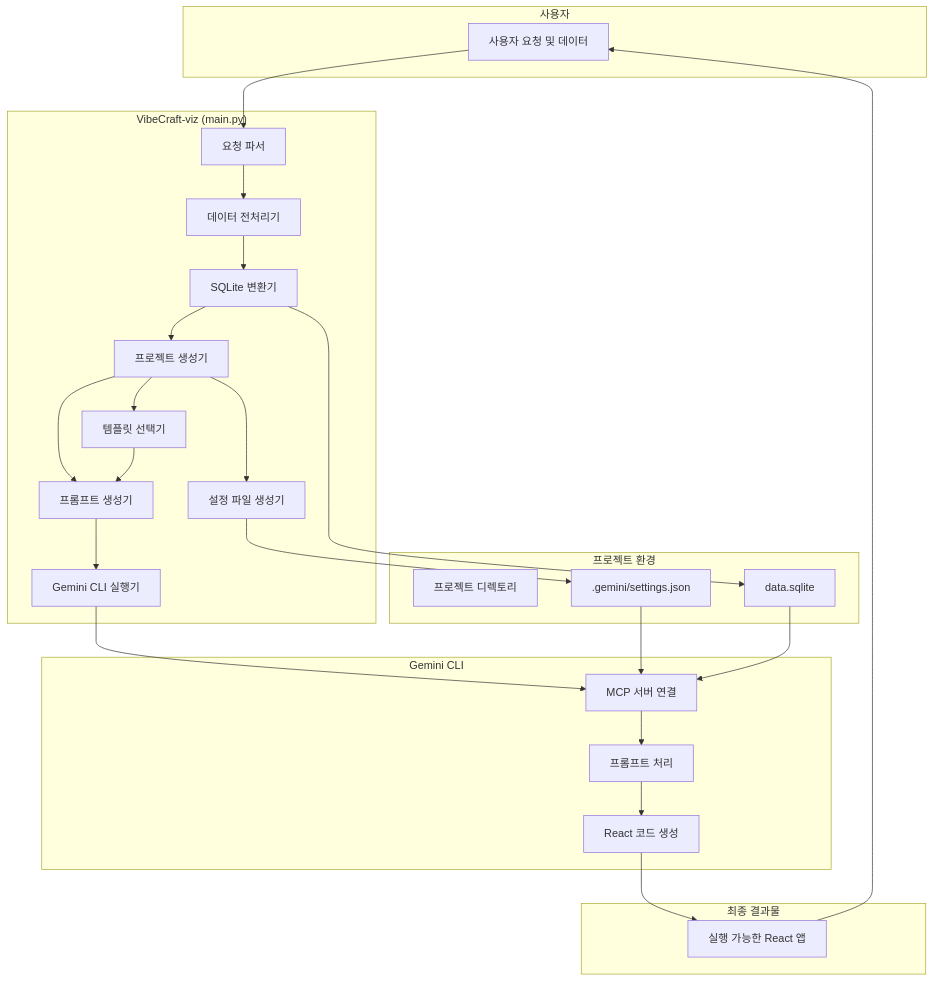
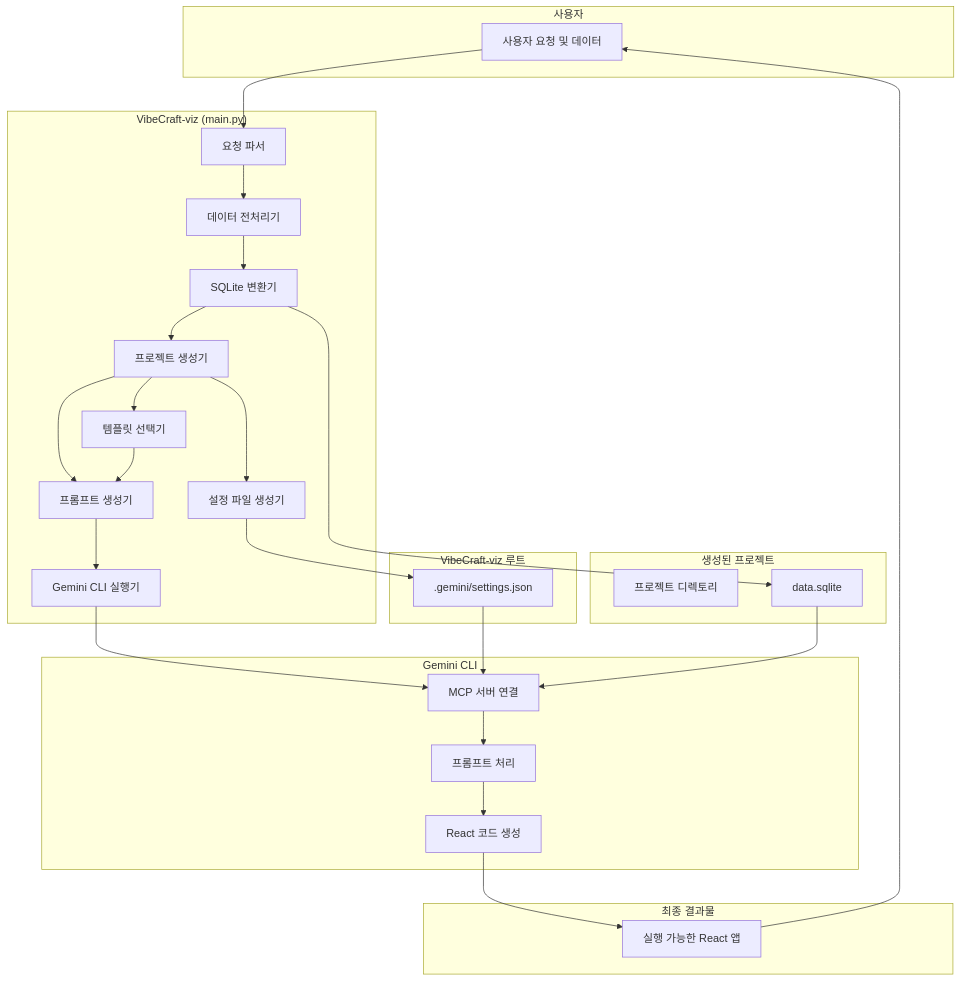
Before and after one commit to vibecraft25/VibeCraft-Agent: the second of 5 diagrams in gemini-cli-data-visualization-report.md, drawn with Mermaid. The commit also changed other lines of this file and 1 other file, not shown here.

Commit message:
docs: VibeCraft-viz의 .gemini/settings.json 업데이트 및 루트 디렉토리 구조 설명 추가

````diff
--- a/gemini-cli-data-visualization-report.md
+++ b/gemini-cli-data-visualization-report.md
@@ -75,52 +75,55 @@
 ```mermaid
 graph TB
     subgraph "사용자"
         A[사용자 요청 및 데이터]
     end
     
     subgraph "VibeCraft-viz (main.py)"
         B[요청 파서]
         C[데이터 전처리기]
         D[SQLite 변환기]
         E[프로젝트 생성기]
         F[템플릿 선택기]
         G[프롬프트 생성기]
         H[설정 파일 생성기]
         I[Gemini CLI 실행기]
     end
     
-    subgraph "프로젝트 환경"
-        J[프로젝트 디렉토리]
-        K[.gemini/settings.json]
+    subgraph "VibeCraft-viz 루트"
+        J[.gemini/settings.json]
+    end
+    
+    subgraph "생성된 프로젝트"
+        K[프로젝트 디렉토리]
         L[data.sqlite]
     end
     
     subgraph "Gemini CLI"
         M[MCP 서버 연결]
         N[프롬프트 처리]
         O[React 코드 생성]
     end
     
     subgraph "최종 결과물"
         P[실행 가능한 React 앱]
     end
     
     A --> B
     B --> C
     C --> D
     D --> E
     E --> F
     E --> G
     E --> H
     F --> G
     G --> I
-    H --> K
+    H --> J
     D --> L
     I --> M
-    K --> M
+    J --> M
     L --> M
     M --> N
     N --> O
     O --> P
     P --> A
 ```
````
